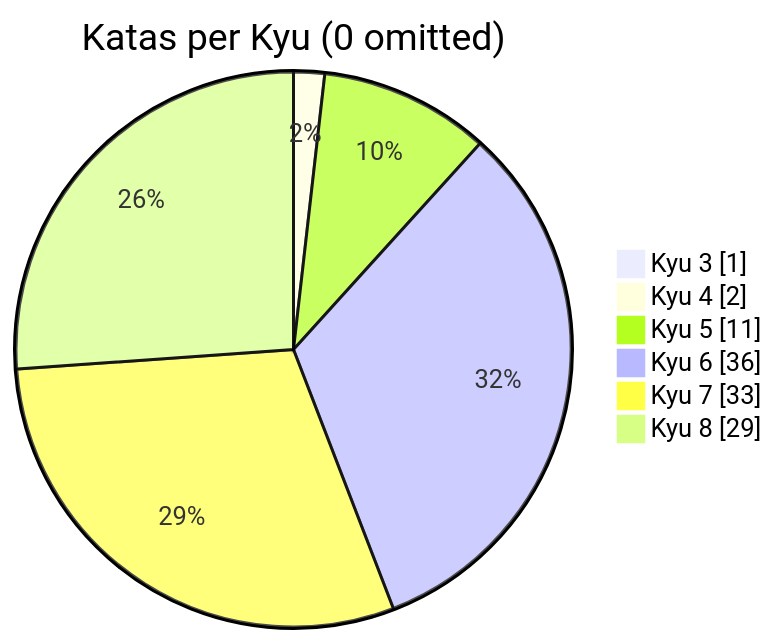
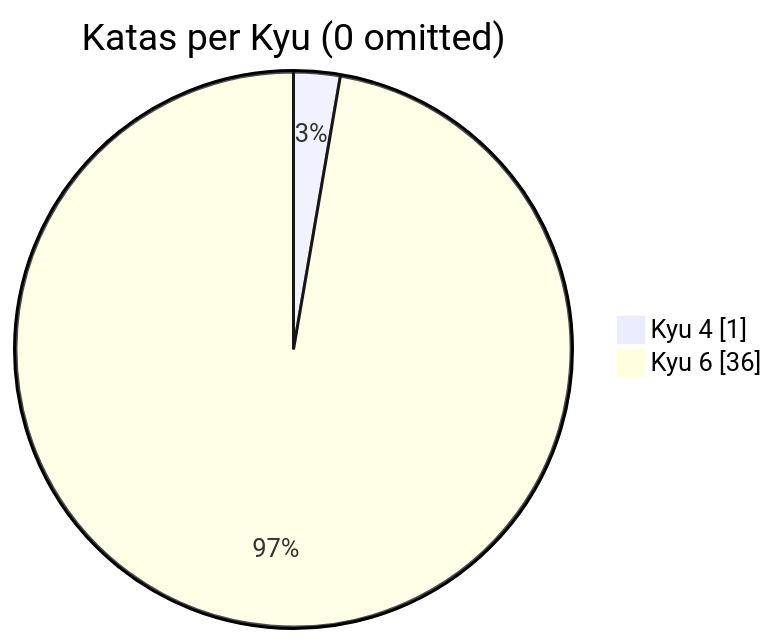
Before and after one commit to eyyMinda/KataVault: the diagram in README.md, drawn with Mermaid. The commit also changed other lines of this file and 4 other files, not shown here.

````diff
--- a/README.md
+++ b/README.md
@@ -21,10 +21,6 @@
 ```mermaid
 pie showData
     title Katas per Kyu (0 omitted)
-	"Kyu 3": 1
-	"Kyu 4": 2
-	"Kyu 5": 11
+	"Kyu 4": 1
 	"Kyu 6": 36
-	"Kyu 7": 33
-	"Kyu 8": 29
 ```
````
